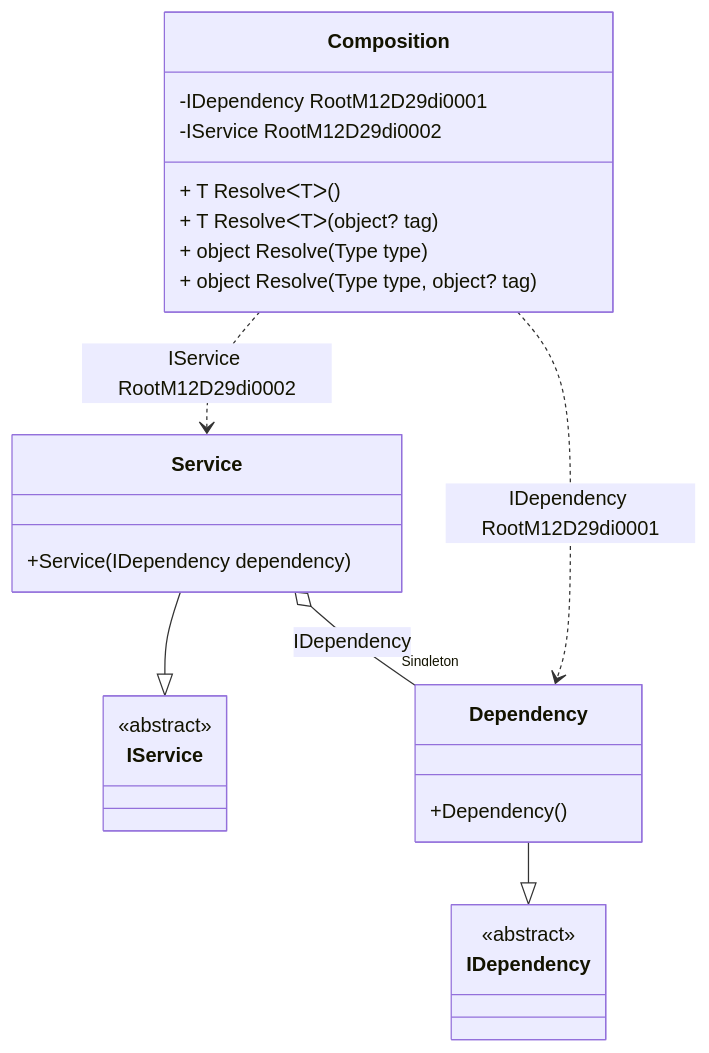
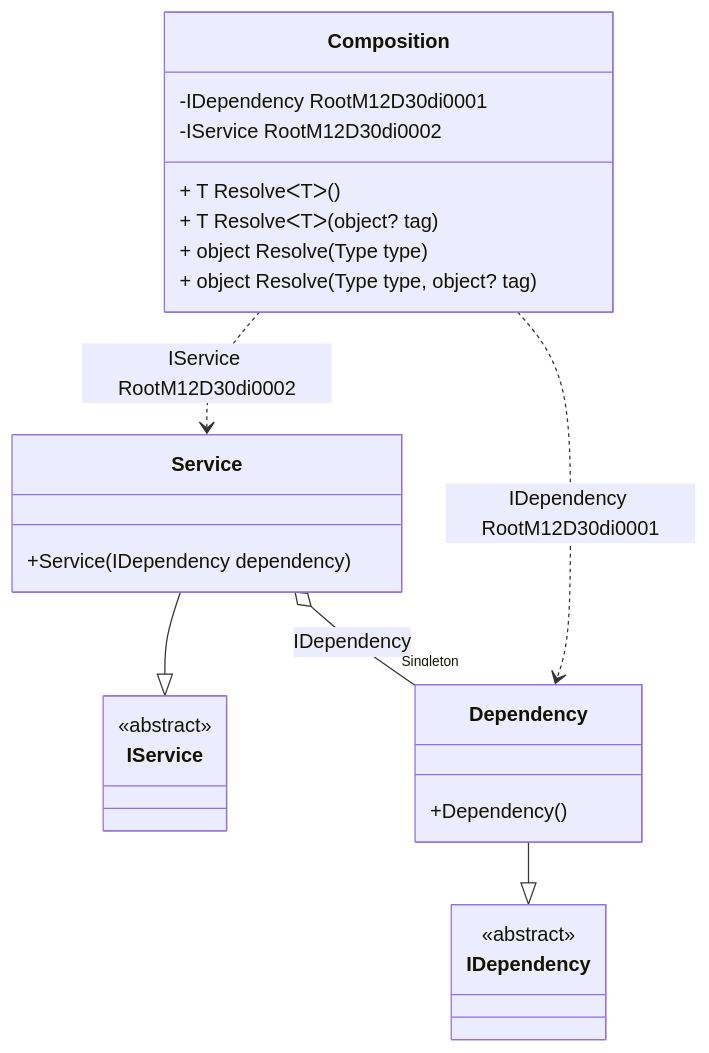
One commit to DevTeam/Pure.DI changed the diagram in readme/service-collection.md. Above: the diagram before and after it, drawn with Mermaid. The commit also changed other lines of this file and 36 other files, not shown here.

````diff
--- a/readme/service-collection.md
+++ b/readme/service-collection.md
@@ -47,28 +47,28 @@
 ```mermaid
 classDiagram
   class Composition {
-    -IDependency RootM12D29di0001
-    -IService RootM12D29di0002
+    -IDependency RootM12D30di0001
+    -IService RootM12D30di0002
     + T ResolveᐸTᐳ()
     + T ResolveᐸTᐳ(object? tag)
     + object Resolve(Type type)
     + object Resolve(Type type, object? tag)
   }
   Service --|> IService : 
   class Service {
     +Service(IDependency dependency)
   }
   Dependency --|> IDependency : 
   class Dependency {
     +Dependency()
   }
   class IService {
     <<abstract>>
   }
   class IDependency {
     <<abstract>>
   }
   Service o--  "Singleton" Dependency : IDependency
-  Composition ..> Dependency : IDependency RootM12D29di0001
-  Composition ..> Service : IService RootM12D29di0002
+  Composition ..> Dependency : IDependency RootM12D30di0001
+  Composition ..> Service : IService RootM12D30di0002
 ```
````
